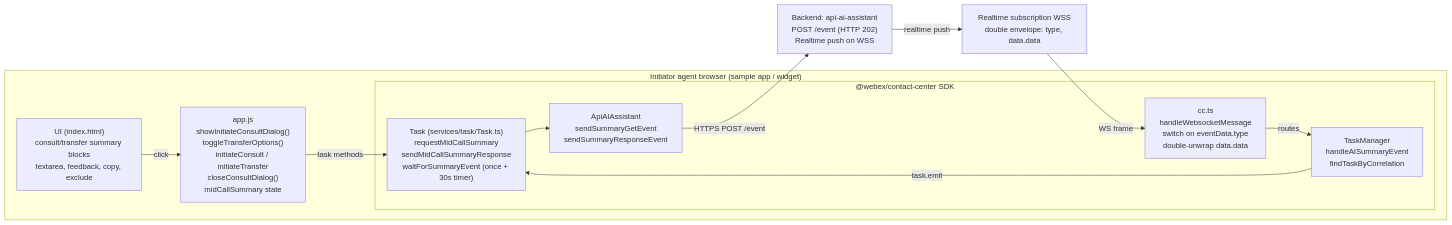
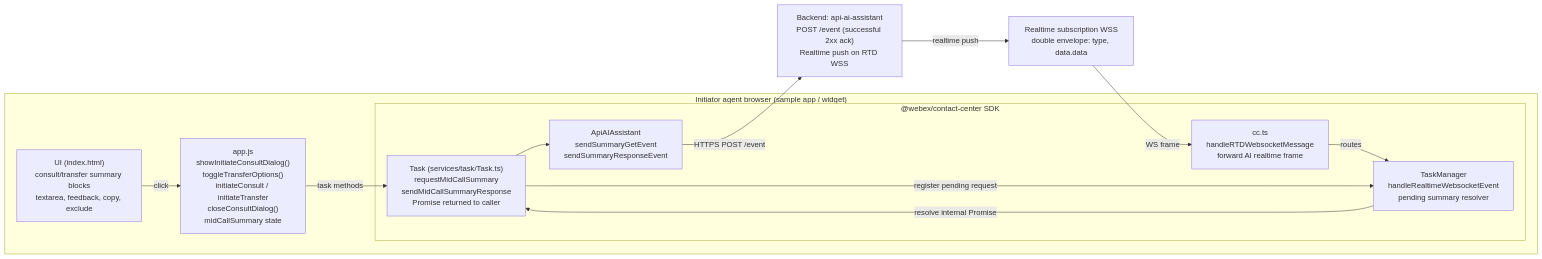
The first of 4 diagrams in ai-summary-initiator-flow.md (webex/webex-js-sdk), drawn with Mermaid before and after one commit. The commit also changed other lines of this file and 4 other files, not shown here.

````diff
--- a/ai-summary-initiator-flow.md
+++ b/ai-summary-initiator-flow.md
@@ -12,23 +12,24 @@
 ```mermaid
 flowchart LR
   subgraph Browser["Initiator agent browser (sample app / widget)"]
     UI["UI (index.html)<br/>consult/transfer summary blocks<br/>textarea, feedback, copy, exclude"]
     App["app.js<br/>showInitiateConsultDialog()<br/>toggleTransferOptions()<br/>initiateConsult / initiateTransfer<br/>closeConsultDialog()<br/>midCallSummary state"]
     subgraph SDK["@webex/contact-center SDK"]
-      Task["Task (services/task/Task.ts)<br/>requestMidCallSummary<br/>sendMidCallSummaryResponse<br/>waitForSummaryEvent (once + 30s timer)"]
+      Task["Task (services/task/Task.ts)<br/>requestMidCallSummary<br/>sendMidCallSummaryResponse<br/>Promise returned to caller"]
       API["ApiAIAssistant<br/>sendSummaryGetEvent<br/>sendSummaryResponseEvent"]
-      CC["cc.ts<br/>handleWebsocketMessage<br/>switch on eventData.type<br/>double-unwrap data.data"]
-      TM["TaskManager<br/>handleAISummaryEvent<br/>findTaskByCorrelation"]
+      CC["cc.ts<br/>handleRTDWebsocketMessage<br/>forward AI realtime frame"]
+      TM["TaskManager<br/>handleRealtimeWebsocketEvent<br/>pending summary resolver"]
     end
     UI -->|click| App
     App -->|task methods| Task
     Task --> API
+    Task -->|register pending request| TM
     CC -->|routes| TM
-    TM -->|task.emit| Task
+    TM -->|resolve internal Promise| Task
   end
-  Backend["Backend: api-ai-assistant<br/>POST /event (HTTP 202)<br/>Realtime push on WSS"]
+  Backend["Backend: api-ai-assistant<br/>POST /event (successful 2xx ack)<br/>Realtime push on RTD WSS"]
   WS["Realtime subscription WSS<br/>double envelope: type, data.data"]
   API -->|HTTPS POST /event| Backend
   Backend -->|realtime push| WS
   WS -->|WS frame| CC
 ```
````
